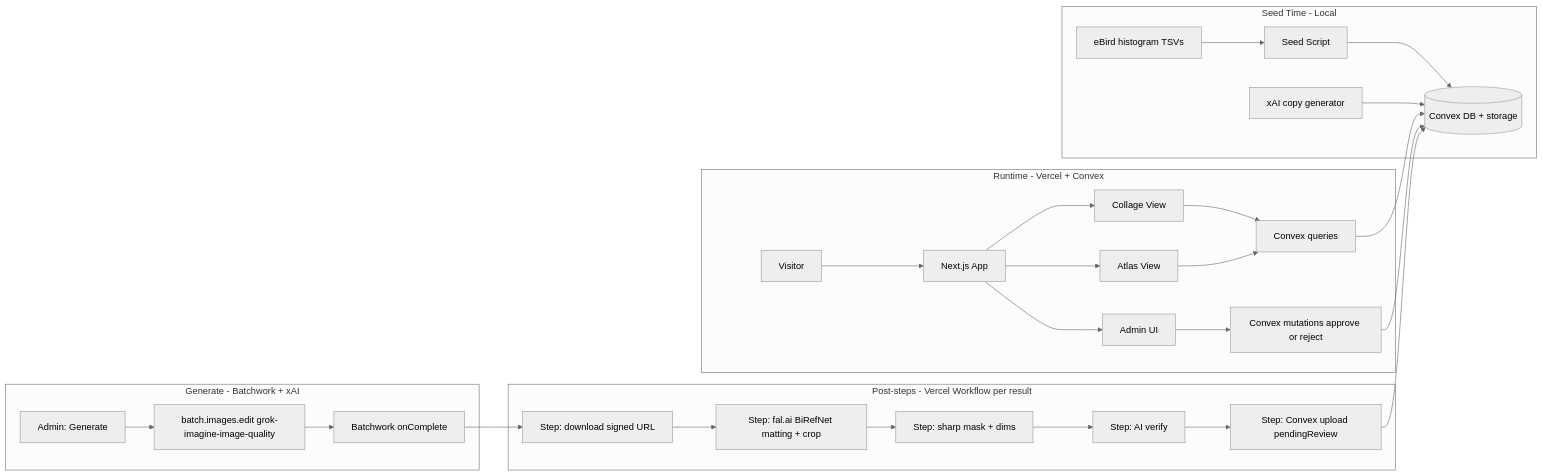
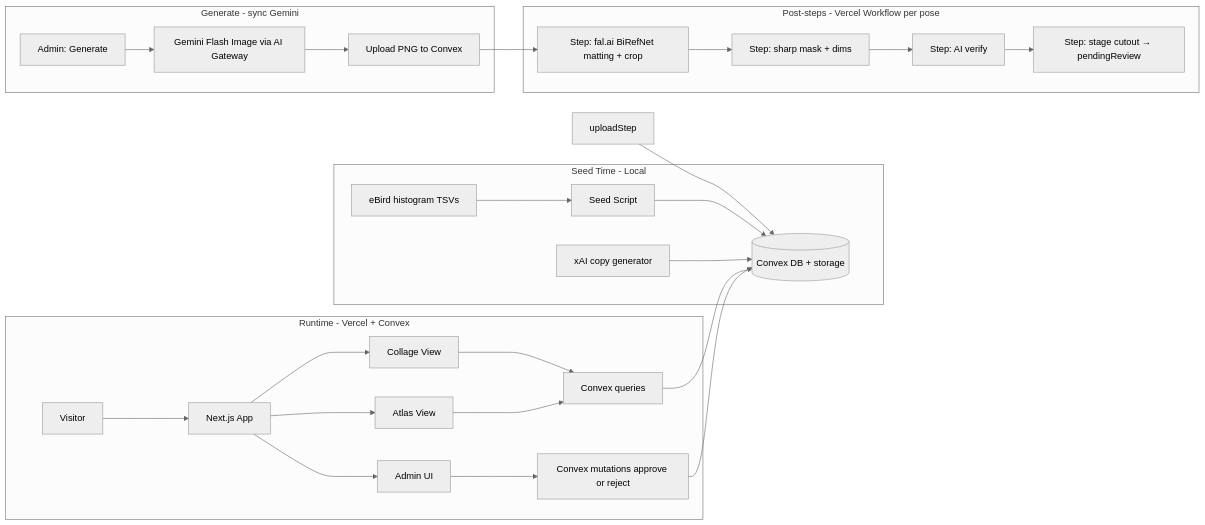
The diagram in PLAN.md (scheffchuk/birds-in-ueno-park), drawn with Mermaid (neutral theme) before and after one commit. The commit also changed other lines of this file and 21 other files, not shown here.

````diff
--- a/PLAN.md
+++ b/PLAN.md
@@ -28,35 +28,34 @@
 ```mermaid
 flowchart LR
   subgraph seedTime [Seed Time - Local]
     tsv[eBird histogram TSVs] --> seed[Seed Script]
     seed --> db
     copyGen[xAI copy generator] --> db
   end
 
-  subgraph genBatch [Generate - Batchwork + xAI]
-    trigger[Admin: Generate] --> batchJob[batch.images.edit grok-imagine-image-quality]
-    batchJob --> webhook[Batchwork onComplete]
+  subgraph genSync [Generate - sync Gemini]
+    trigger[Admin: Generate] --> gemini[Gemini Flash Image via AI Gateway]
+    gemini --> uploadPng[Upload PNG to Convex]
   end
 
-  subgraph postWorkflow [Post-steps - Vercel Workflow per result]
-    webhook --> download[Step: download signed URL]
-    download --> matStep[Step: fal.ai BiRefNet matting + crop]
+  subgraph postWorkflow [Post-steps - Vercel Workflow per pose]
+    uploadPng --> matStep[Step: fal.ai BiRefNet matting + crop]
     matStep --> maskStep[Step: sharp mask + dims]
     maskStep --> verifyStep[Step: AI verify]
-    verifyStep --> uploadStep[Step: Convex upload pendingReview]
+    verifyStep --> stageStep[Step: stage cutout → pendingReview]
   end
 
   subgraph runtime [Runtime - Vercel + Convex]
     visitor[Visitor] --> nextjs[Next.js App]
     nextjs --> collage[Collage View]
     nextjs --> atlas[Atlas View]
     nextjs --> admin[Admin UI]
     collage --> convexQuery[Convex queries]
     atlas --> convexQuery
     admin --> convexMut[Convex mutations approve or reject]
     convexQuery --> db[(Convex DB + storage)]
     convexMut --> db
   end
 
   uploadStep --> db
 ```
````
